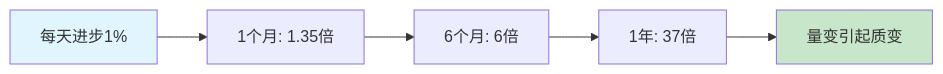
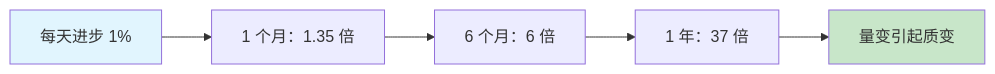
The first of 2 diagrams in packages/website/13.书籍/04.自我精进·学习/02.认知觉醒/01.学习的七大原则.md (chongyang211/YCBookBlog), drawn with Mermaid before and after one commit. The commit also changed other lines of this file and 83 other files, not shown here.

````diff
--- a/packages/website/13.书籍/04.自我精进·学习/02.认知觉醒/01.学习的七大原则.md
+++ b/packages/website/13.书籍/04.自我精进·学习/02.认知觉醒/01.学习的七大原则.md
@@ -283,10 +133,9 @@
 ```mermaid
 graph LR
-    A[每天进步1%] --> B[1个月: 1.35倍]
-    B --> C[6个月: 6倍]
-    C --> D[1年: 37倍]
+    A[每天进步 1%] --> B[1 个月：1.35 倍]
+    B --> C[6 个月：6 倍]
+    C --> D[1 年：37 倍]
     D --> E[量变引起质变]
-    
     style A fill:#e1f5fe
     style E fill:#c8e6c9
 ```
````
